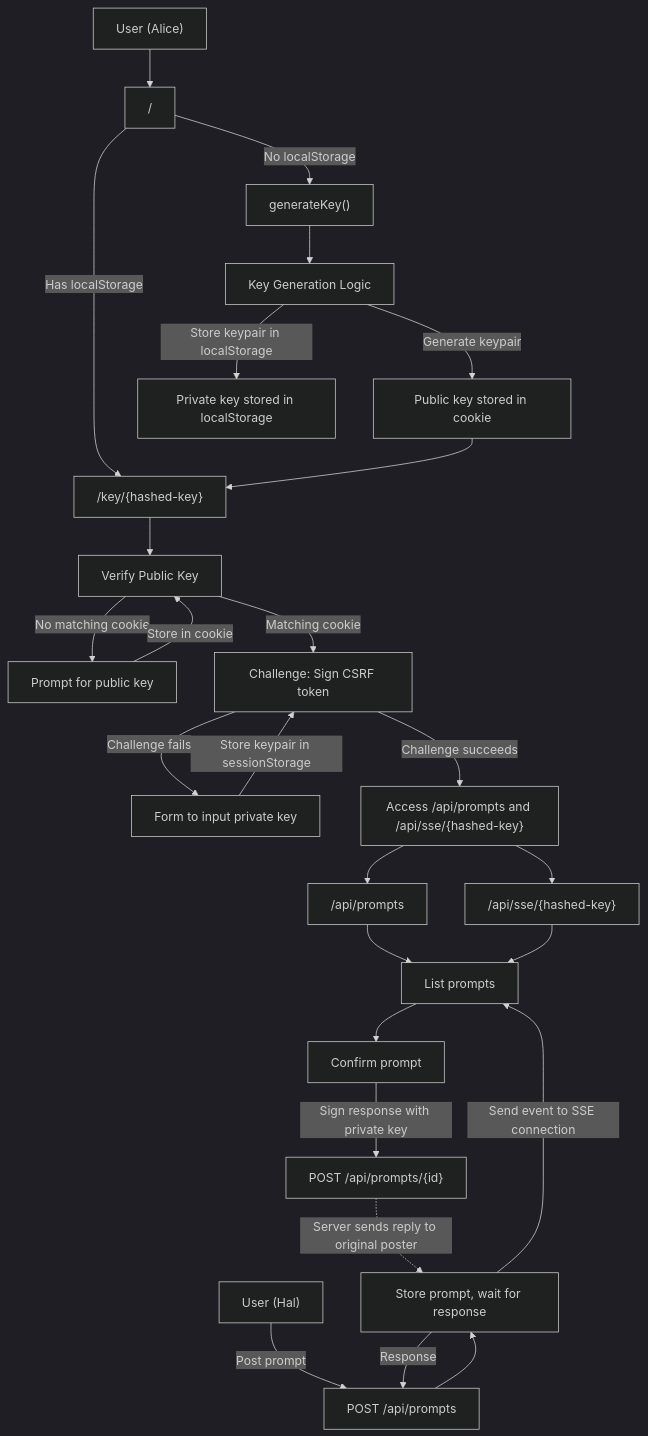
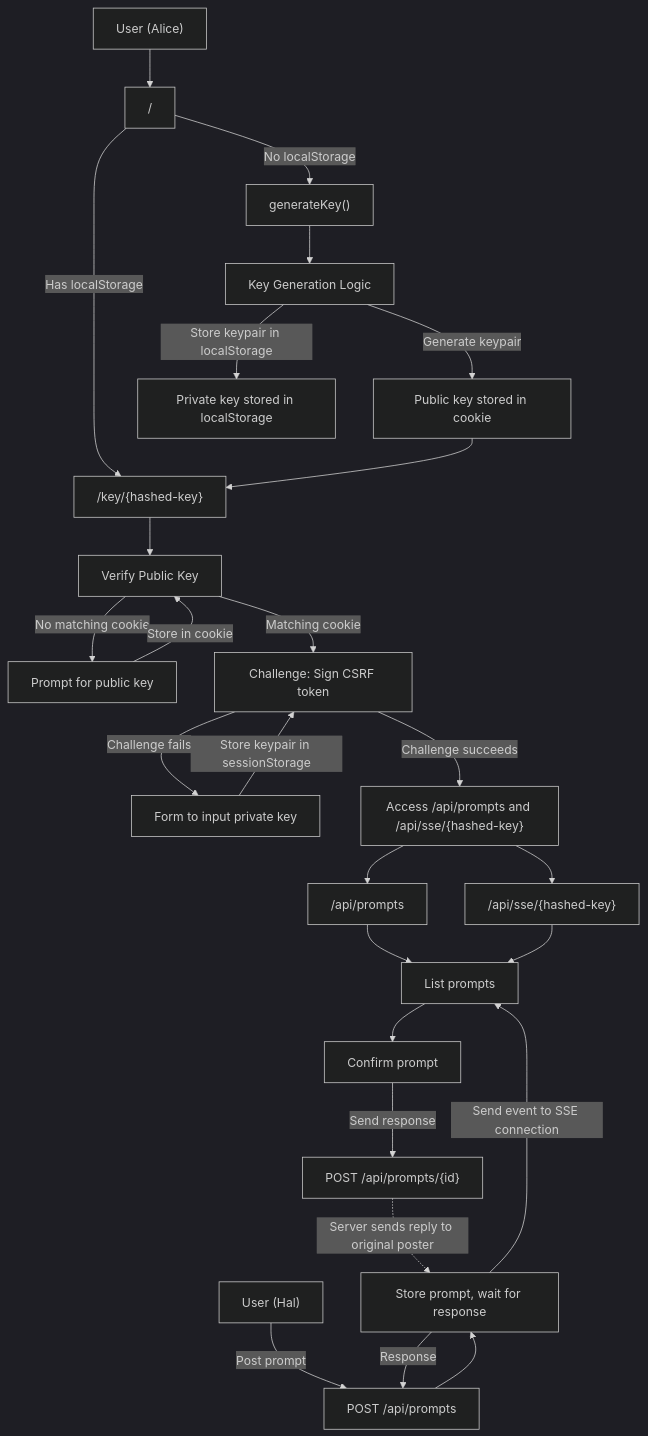
One commit to orsolli/prompt-service-server changed the diagram in README.md. Above: the diagram before and after it, drawn with Mermaid (dark theme). The commit also changed other lines of this file, not shown here.

````diff
--- a/README.md
+++ b/README.md
@@ -93,28 +101,28 @@
 ```mermaid
 graph TD
     USER["User (Alice)"] --> ROOT["/"]
     ROOT["/"] -->|No localStorage| GEN["generateKey()"]
     ROOT["/"] -->|Has localStorage| MAIN["/key/{hashed-key}"]
     GEN["generateKey()"] --> CORE_GEN["Key Generation Logic"]
     CORE_GEN["Key Generation Logic"] -->|Generate keypair| CORE_COO["Public key stored in cookie"]
     CORE_GEN["Key Generation Logic"] -->|Store keypair in localStorage| CORE_LS["Private key stored in localStorage"]
     CORE_COO["Public key stored in cookie"] --> MAIN["/key/{hashed-key}"]
     MAIN["/key/{hashed-key}"] --> CORE_VER["Verify Public Key"]
     CORE_VER["Verify Public Key"] -->|No matching cookie| PROM_PUB["Prompt for public key"]
     PROM_PUB["Prompt for public key"] -->|Store in cookie| CORE_VER["Verify Public Key"]
     CORE_VER["Verify Public Key"] -->|Matching cookie| CHAL["Challenge: Sign CSRF token"]
     CHAL["Challenge: Sign CSRF token"] -->|Challenge fails| PROM_PRI["Form to input private key"]
     PROM_PRI["Form to input private key"] -->|Store keypair in sessionStorage| CHAL["Challenge: Sign CSRF token"]
     CHAL["Challenge: Sign CSRF token"] -->|Challenge succeeds| OPEN["Access /api/prompts and /api/sse/{hashed-key}"]
     OPEN["Access /api/prompts and /api/sse/{hashed-key}"] --> GET_LIST["/api/prompts"]
     OPEN["Access /api/prompts and /api/sse/{hashed-key}"] --> LISTEN["/api/sse/{hashed-key}"]
     GET_LIST["/api/prompts"] --> LIST["List prompts"]
     LISTEN["/api/sse/{hashed-key}"] --> LIST["List prompts"]
     LIST["List prompts"] --> CONFIRM["Confirm prompt"]
-    CONFIRM["Confirm prompt"] -->|Sign response with private key| POST_CON["POST /api/prompts/{id}"]
+    CONFIRM["Confirm prompt"] -->|Send response| POST_CON["POST /api/prompts/{id}"]
     U["User (Hal)"] -->|Post prompt| POST_PRO["POST /api/prompts"]
     POST_CON["POST /api/prompts/{id}"] -.->|Server sends reply to original poster| CORE_STO["Store prompt, wait for response"]
     POST_PRO["POST /api/prompts"] --> CORE_STO["Store prompt, wait for response"]
     CORE_STO["Store prompt, wait for response"] -->|Send event to SSE connection| LIST["List prompts"]
     CORE_STO["Store prompt, wait for response"] -->|Response| POST_PRO["POST /api/prompts"]
 ```
````
